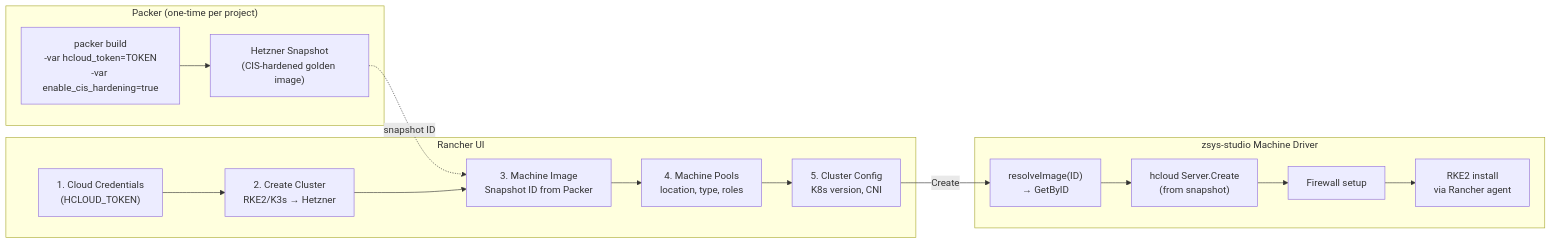
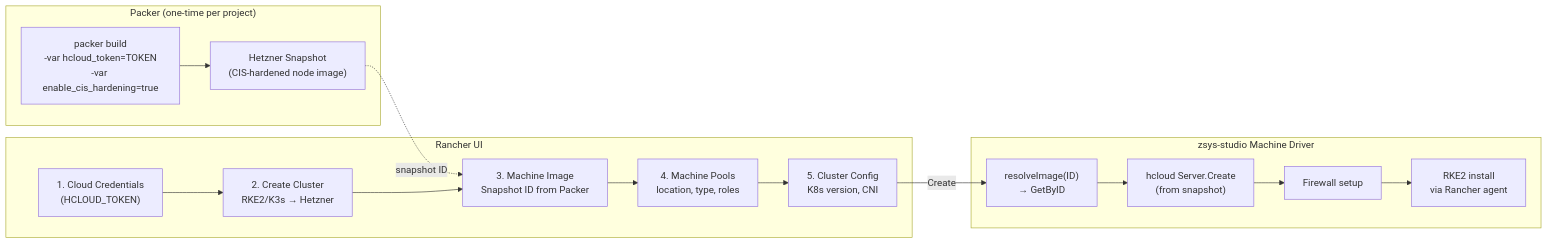
Before and after one commit to mbilan1/terraform-hcloud-rancher: the fourth of 6 diagrams in docs/ARCHITECTURE.md, drawn with Mermaid. The commit also changed other lines of this file and 2 other files, not shown here.

First line of the commit message:
docs: remove private architecture repo from README, rename packer repo

````diff
--- a/docs/ARCHITECTURE.md
+++ b/docs/ARCHITECTURE.md
@@ -354,27 +354,27 @@
 ```mermaid
 flowchart LR
     subgraph packer["Packer (one-time per project)"]
         build["packer build\n-var hcloud_token=TOKEN\n-var enable_cis_hardening=true"]
-        snap["Hetzner Snapshot\n(CIS-hardened golden image)"]
+        snap["Hetzner Snapshot\n(CIS-hardened node image)"]
     end
 
     subgraph rancher["Rancher UI"]
         cred["1. Cloud Credentials\n(HCLOUD_TOKEN)"]
         create["2. Create Cluster\nRKE2/K3s → Hetzner"]
         image["3. Machine Image\nSnapshot ID from Packer"]
         pools["4. Machine Pools\nlocation, type, roles"]
         config["5. Cluster Config\nK8s version, CNI"]
     end
 
     subgraph driver["zsys-studio Machine Driver"]
         resolve["resolveImage(ID)\n→ GetByID"]
         server["hcloud Server.Create\n(from snapshot)"]
         fw["Firewall setup"]
         install["RKE2 install\nvia Rancher agent"]
     end
 
     build --> snap
     snap -.->|"snapshot ID"| image
     cred --> create --> image --> pools --> config
     config -->|"Create"| resolve --> server --> fw --> install
 ```
````
